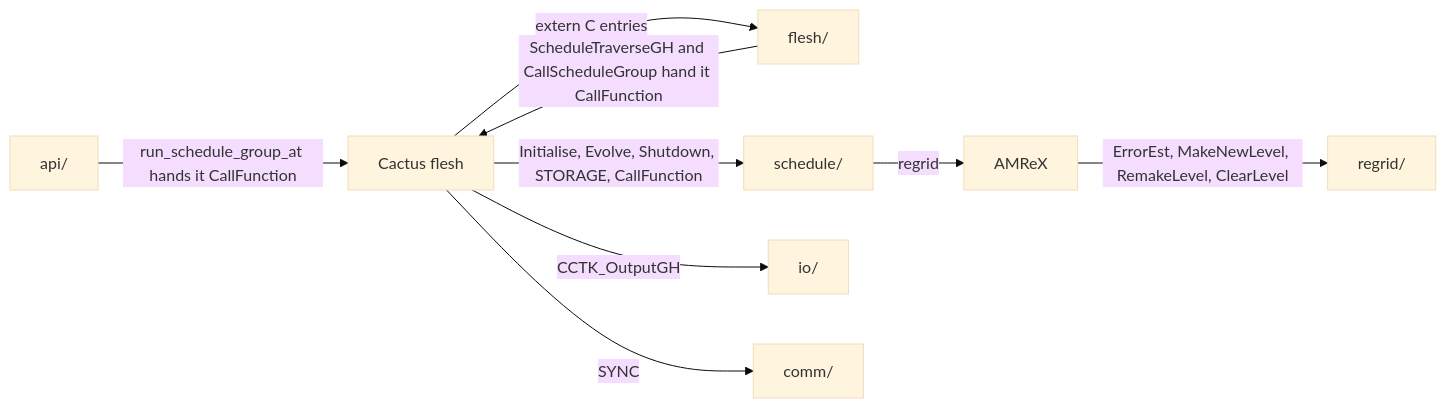
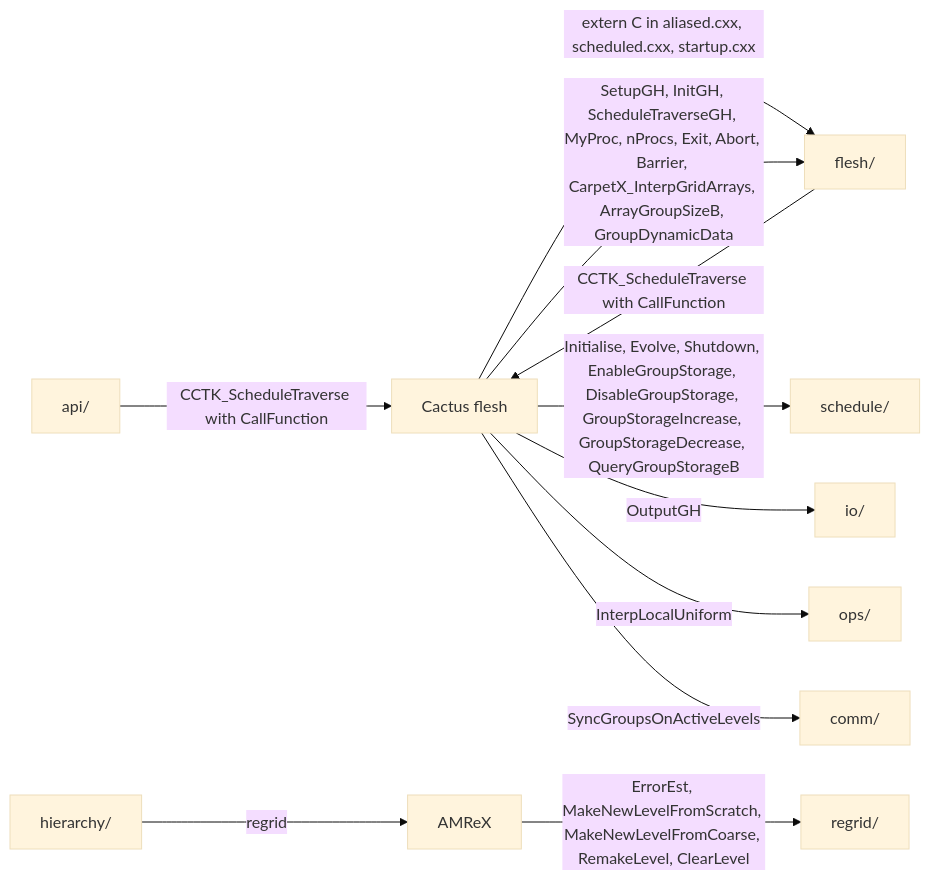
One commit to lwJi/CarpetX changed the third of 3 diagrams in agent_docs/carpetx-internals.md. Above: the diagram before and after it, drawn with Mermaid (base theme). The commit also changed other lines of this file and 3 other files, not shown here.

First line of the commit message:
scripts/lint: doc --write draws who decides and the legend of each block

````diff
--- a/agent_docs/carpetx-internals.md
+++ b/agent_docs/carpetx-internals.md
@@ -62,19 +67,27 @@
 ```mermaid
+%% python3 scripts/lint doc --write rewrites this block: who decides
 flowchart LR
   cactus["Cactus flesh"]
   amrex["AMReX"]
   flesh["flesh/"]
   api["api/"]
   schedule["schedule/"]
   io["io/"]
+  ops["ops/"]
+  regrid["regrid/"]
   comm["comm/"]
-  regrid["regrid/"]
-  cactus -- "extern C entries" --> flesh
-  cactus -- "Initialise, Evolve, Shutdown, STORAGE, CallFunction" --> schedule
-  cactus -- "CCTK_OutputGH" --> io
-  cactus -- "SYNC" --> comm
-  flesh -- "ScheduleTraverseGH and CallScheduleGroup hand it CallFunction" --> cactus
-  api -- "run_schedule_group_at hands it CallFunction" --> cactus
-  schedule -- "regrid" --> amrex
-  amrex -- "ErrorEst, MakeNewLevel, RemakeLevel, ClearLevel" --> regrid
+  hierarchy["hierarchy/"]
+  cactus -- "extern C in aliased.cxx, scheduled.cxx, startup.cxx" --> flesh
+  cactus -- "SetupGH, InitGH, ScheduleTraverseGH, MyProc, nProcs, Exit, Abort, Barrier, CarpetX_InterpGridArrays, ArrayGroupSizeB, GroupDynamicData" --> flesh
+  cactus -- "Initialise, Evolve, Shutdown, EnableGroupStorage, DisableGroupStorage, GroupStorageIncrease, GroupStorageDecrease, QueryGroupStorageB" --> schedule
+  cactus -- "OutputGH" --> io
+  cactus -- "InterpLocalUniform" --> ops
+  cactus -- "SyncGroupsOnActiveLevels" --> comm
+  flesh -- "CCTK_ScheduleTraverse with CallFunction" --> cactus
+  api -- "CCTK_ScheduleTraverse with CallFunction" --> cactus
+  hierarchy -- "regrid" --> amrex
+  amrex -- "ErrorEst, MakeNewLevelFromScratch, MakeNewLevelFromCoarse, RemakeLevel, ClearLevel" --> regrid
+%% an edge from an outsider is a function the layer defines and the outsider calls: the registrations of CarpetX/src/flesh/startup.cxx, the extern C entries, and the AMReX callbacks of CactusAmrCore
+%% an edge to an outsider is a call that comes back through an edge from it, so the outsider decides when the lower layer works
+%% a call from a layer to a higher one goes through an outsider or, at link time, through a dashed edge of the stack
 ```
````
